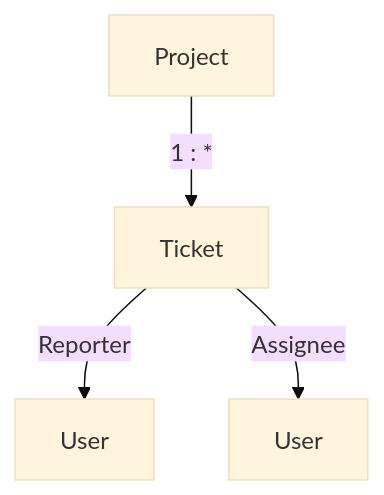
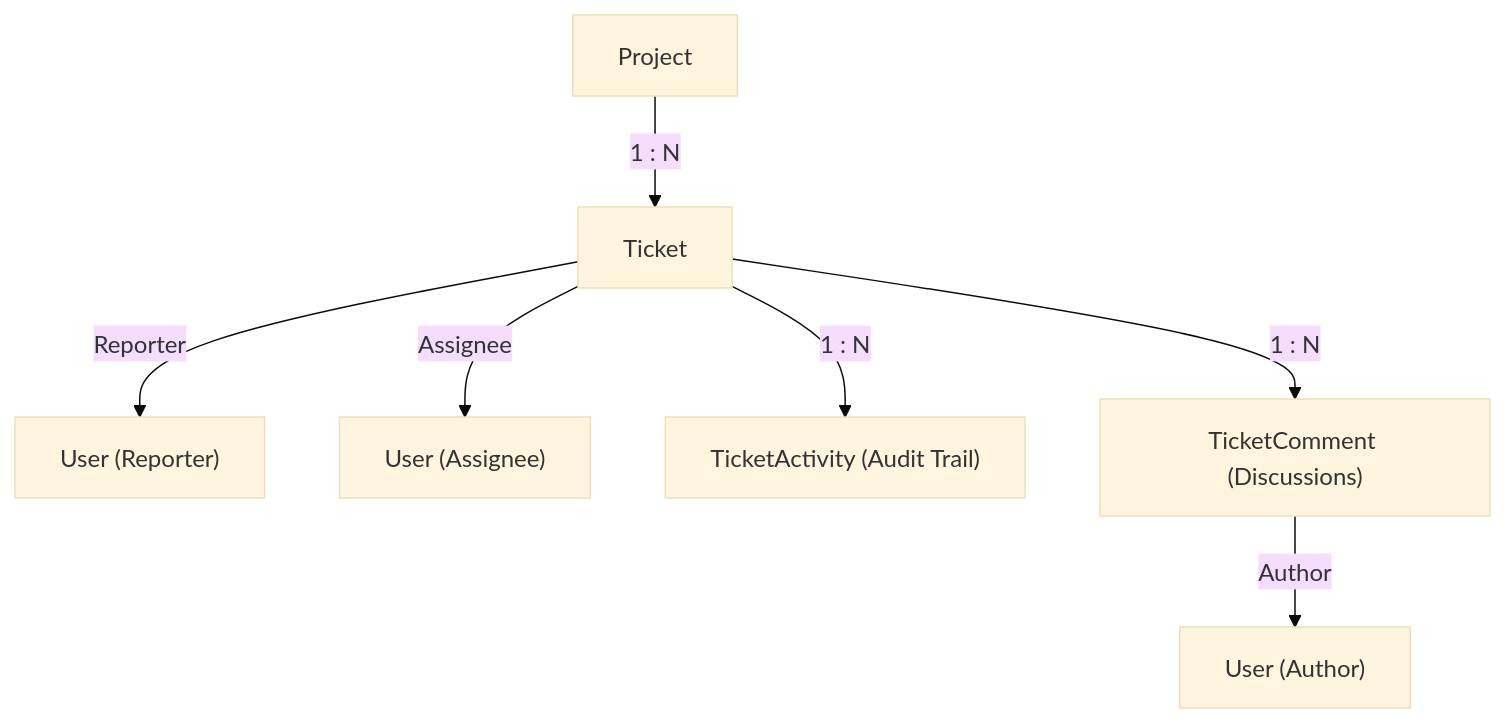
The second of 2 diagrams in README.md (ayesha19765/ResolveHub), drawn with Mermaid (base theme) before and after one commit. The commit also changed other lines of this file and 15 other files, not shown here.

````diff
--- a/README.md
+++ b/README.md
@@ -74,9 +83,15 @@
 ```mermaid
 flowchart TD
 
-    Project["Project"] -->|1 : *| Ticket["Ticket"]
+    Project["Project"] -->|1 : N| Ticket["Ticket"]
 
-    Ticket -->|Reporter| User1["User"]
+    Ticket -->|Reporter| User1["User (Reporter)"]
 
-    Ticket -->|Assignee| User2["User"]
+    Ticket -->|Assignee| User2["User (Assignee)"]
+
+    Ticket -->|1 : N| Activity["TicketActivity (Audit Trail)"]
+
+    Ticket -->|1 : N| Comment["TicketComment (Discussions)"]
+
+    Comment -->|Author| User3["User (Author)"]
 ```
````
